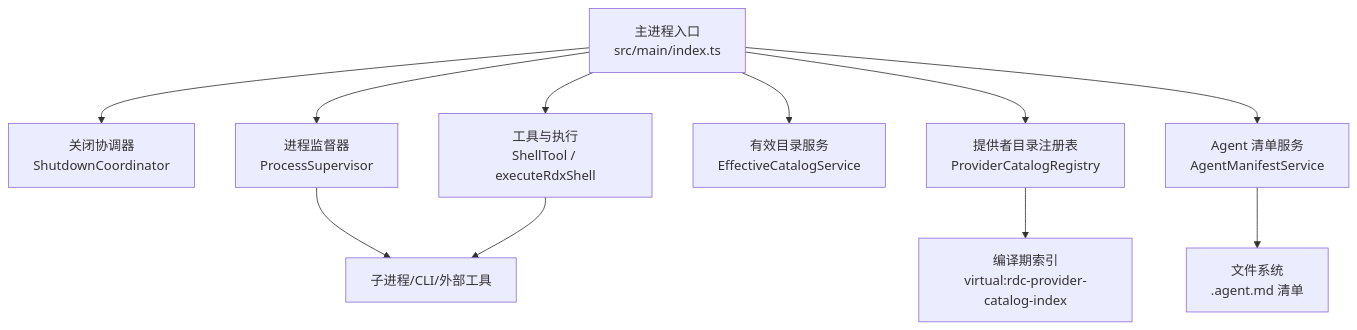
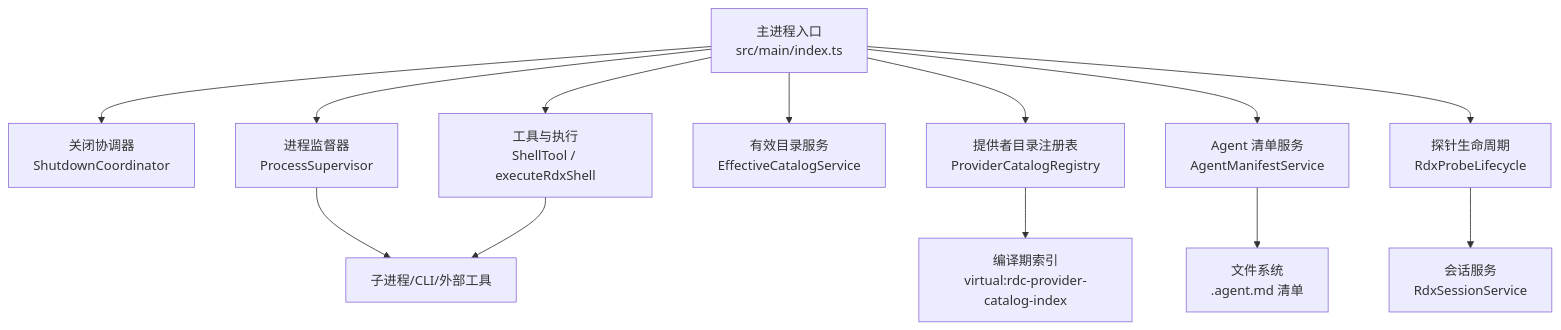
One commit to haolange/RDC-Agent changed the first of 11 diagrams in .qoder/repowiki/zh/content/扩展开发/扩展生命周期管理.md. Above: the diagram before and after it, drawn with Mermaid. The commit also changed other lines of this file and 221 other files, not shown here.

````diff
--- a/.qoder/repowiki/zh/content/扩展开发/扩展生命周期管理.md
+++ b/.qoder/repowiki/zh/content/扩展开发/扩展生命周期管理.md
@@ -49,13 +58,15 @@
 ```mermaid
 graph TB
 Main["主进程入口<br/>src/main/index.ts"] --> SC["关闭协调器<br/>ShutdownCoordinator"]
 Main --> PS["进程监督器<br/>ProcessSupervisor"]
 Main --> PRC["提供者目录注册表<br/>ProviderCatalogRegistry"]
 Main --> ECS["有效目录服务<br/>EffectiveCatalogService"]
 Main --> AMS["Agent 清单服务<br/>AgentManifestService"]
 AMS --> FS["文件系统<br/>.agent.md 清单"]
 PRC --> IDX["编译期索引<br/>virtual:rdc-provider-catalog-index"]
 PS --> Child["子进程/CLI/外部工具"]
 Main --> Tools["工具与执行<br/>ShellTool / executeRdxShell"]
 Tools --> Child
+Main --> Probe["探针生命周期<br/>RdxProbeLifecycle"]
+Probe --> Sessions["会话服务<br/>RdxSessionService"]
 ```
````
